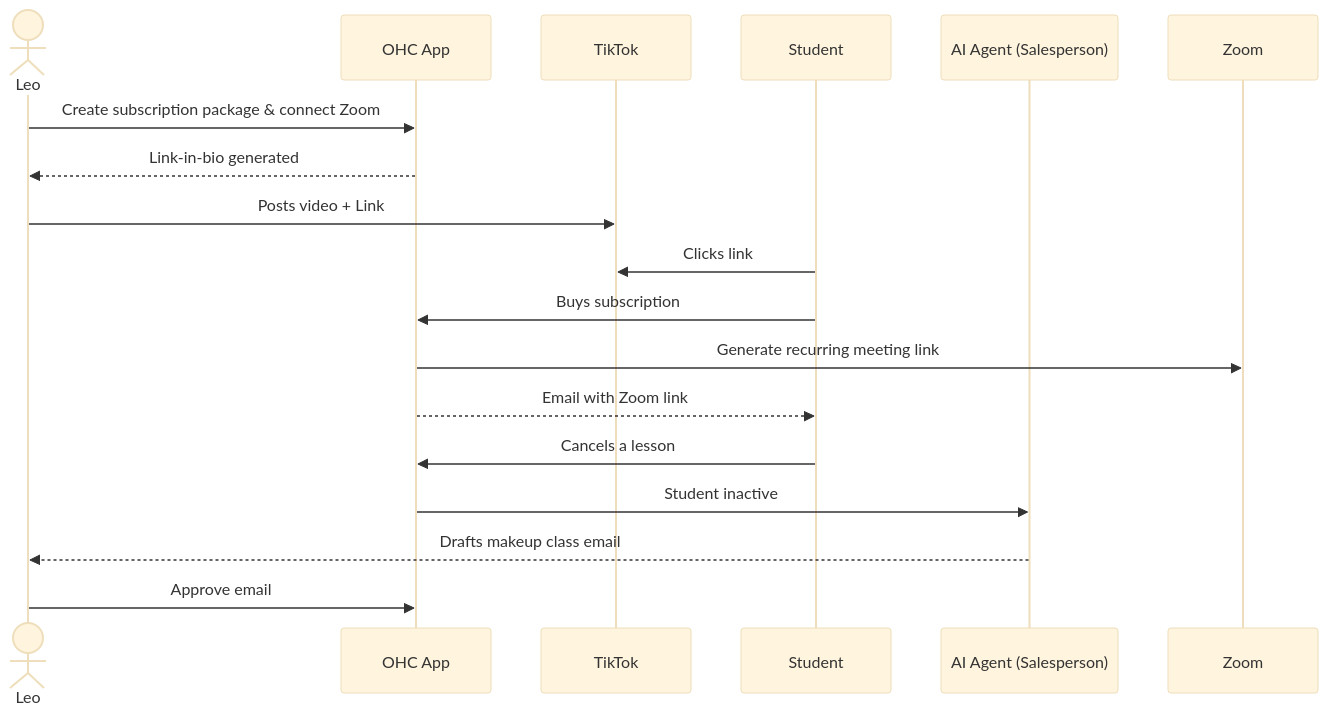
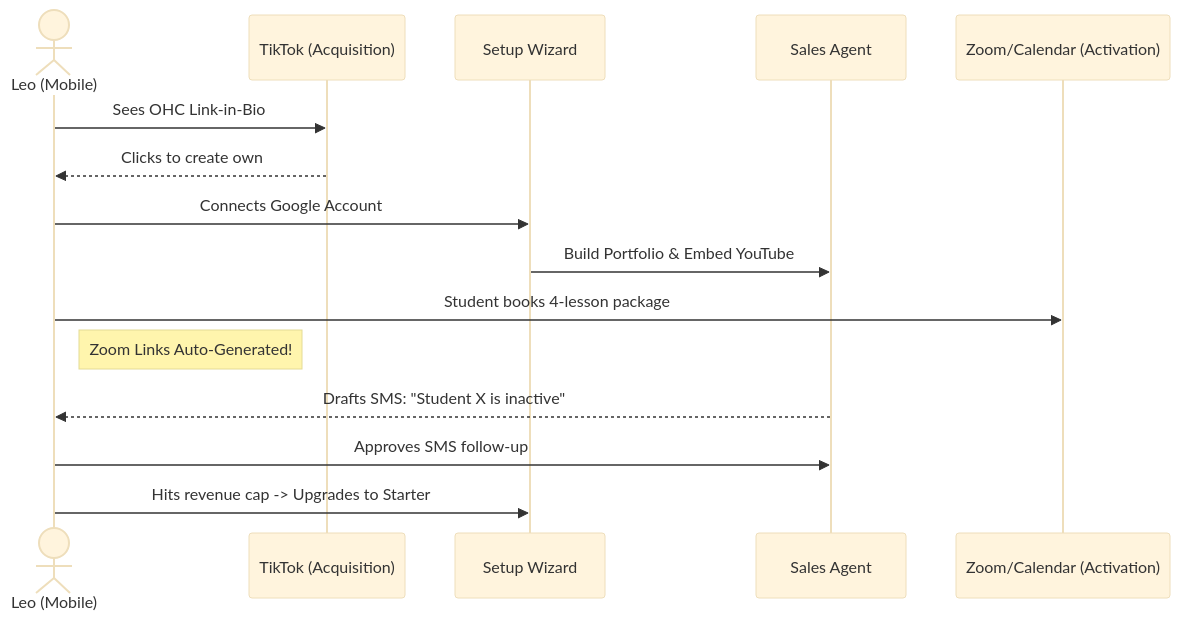
The fourth of 5 diagrams in docs/architecture/ohc_business_journey_architecture.md (omnisolo-llc/onehumancorp), drawn with Mermaid (base theme) before and after one commit. The commit also changed other lines of this file and 1 other file, not shown here.

First line of the commit message:
docs: update business journey architecture documentation

````diff
--- a/docs/architecture/ohc_business_journey_architecture.md
+++ b/docs/architecture/ohc_business_journey_architecture.md
@@ -125,21 +144,18 @@
 ```mermaid
 sequenceDiagram
-    actor Leo
-    participant OHC App
-    participant TikTok
-    participant Student
-    participant AI Agent (Salesperson)
-    participant Zoom
+    actor L as Leo (Mobile)
+    participant TT as TikTok (Acquisition)
+    participant W as Setup Wizard
+    participant AI as Sales Agent
+    participant Z as Zoom/Calendar (Activation)
 
-    Leo->>OHC App: Create subscription package & connect Zoom
-    OHC App-->>Leo: Link-in-bio generated
-    Leo->>TikTok: Posts video + Link
-    Student->>TikTok: Clicks link
-    Student->>OHC App: Buys subscription
-    OHC App->>Zoom: Generate recurring meeting link
-    OHC App-->>Student: Email with Zoom link
-    Student->>OHC App: Cancels a lesson
-    OHC App->>AI Agent (Salesperson): Student inactive
-    AI Agent (Salesperson)-->>Leo: Drafts makeup class email
-    Leo->>OHC App: Approve email
+    L->>TT: Sees OHC Link-in-Bio
+    TT-->>L: Clicks to create own
+    L->>W: Connects Google Account
+    W->>AI: Build Portfolio & Embed YouTube
+    L->>Z: Student books 4-lesson package
+    note right of L: Zoom Links Auto-Generated!
+    AI-->>L: Drafts SMS: "Student X is inactive"
+    L->>AI: Approves SMS follow-up
+    L->>W: Hits revenue cap -> Upgrades to Starter
 ```
````
